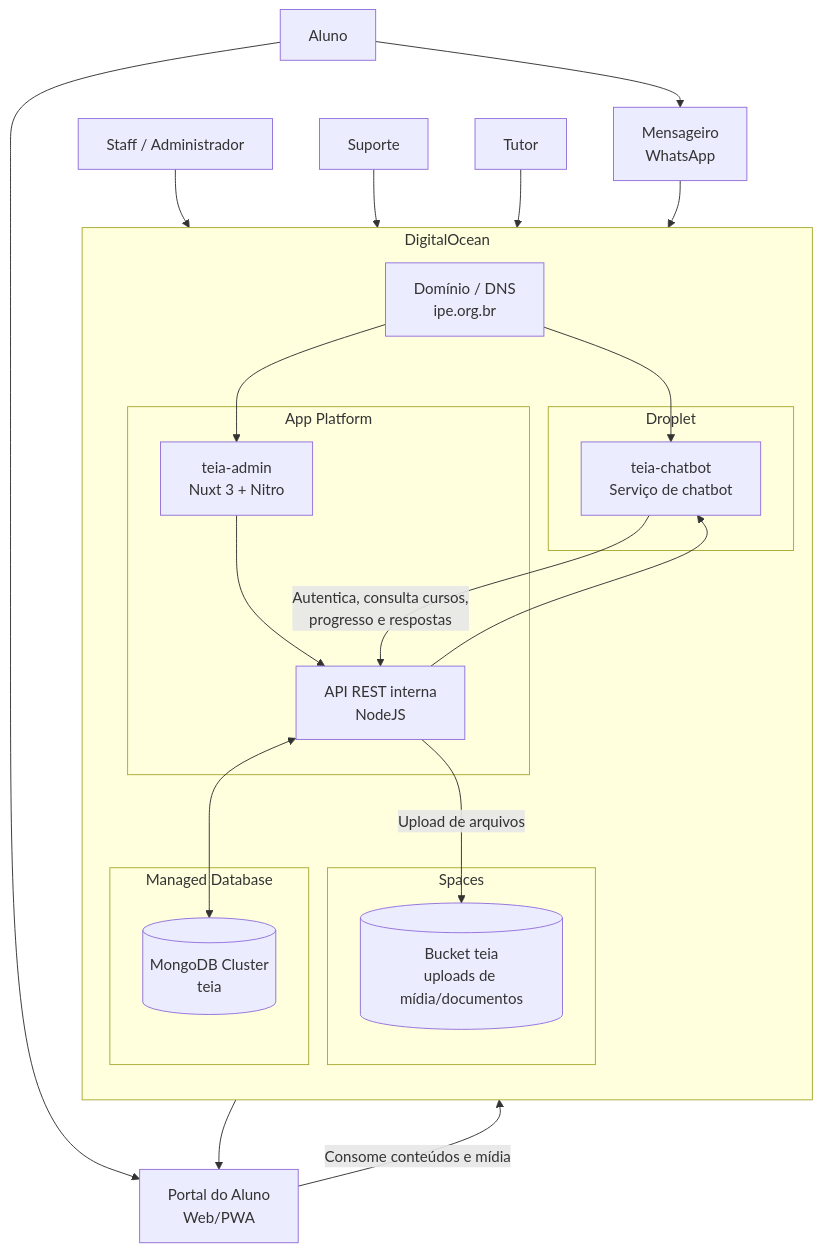
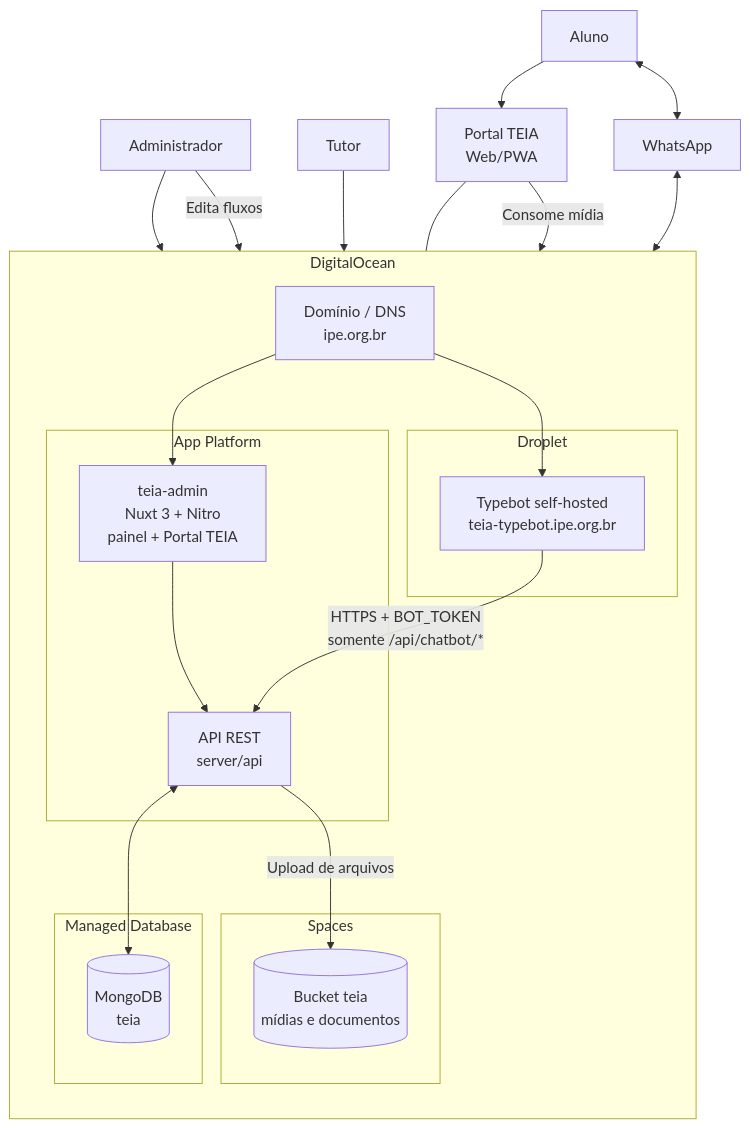
The first of 2 diagrams in docs/arquitetura_aplicacao.md (devsdoprojetoteia/teia-admin), drawn with Mermaid before and after one commit. The commit also changed other lines of this file and 5 other files, not shown here.

````diff
--- a/docs/arquitetura_aplicacao.md
+++ b/docs/arquitetura_aplicacao.md
@@ -7,59 +13,57 @@
 ```mermaid
 flowchart TB
   %% Atores
-  Staff[Staff / Administrador]
-  Support[Suporte]
+  Staff[Administrador]
   Tutor[Tutor]
   Student[Aluno]
 
   %% Canais
-  WhatsApp[Mensageiro<br/>WhatsApp]
-  Portal[Portal do Aluno<br/>Web/PWA]
+  WhatsApp[WhatsApp]
+  Portal[Portal TEIA<br/>Web/PWA]
 
   %% DigitalOcean
   subgraph DO[DigitalOcean]
     direction TB
 
     subgraph AppPlatform[App Platform]
-      AdminApp[teia-admin<br/>Nuxt 3 + Nitro]
-      ApiRoutes[API REST interna<br/>NodeJS]
+      AdminApp[teia-admin<br/>Nuxt 3 + Nitro<br/>painel + Portal TEIA]
+      ApiRoutes[API REST<br/>server/api]
       AdminApp --> ApiRoutes
     end
 
     subgraph DB[Managed Database]
-      Mongo[(MongoDB Cluster<br/>teia)]
+      Mongo[(MongoDB<br/>teia)]
     end
 
     subgraph ObjectStorage[Spaces]
-      Spaces[(Bucket teia<br/>uploads de mídia/documentos)]
+      Spaces[(Bucket teia<br/>mídias e documentos)]
     end
 
     subgraph Compute[Droplet]
-      ChatbotSvc[teia-chatbot<br/>Serviço de chatbot]
+      Typebot[Typebot self-hosted<br/>teia-typebot.ipe.org.br]
     end
 
     Domain[Domínio / DNS<br/>ipe.org.br]
   end
 
   %% Acesso de usuários
   Staff --> AdminApp
-  Support --> AdminApp
   Tutor --> AdminApp
+  Staff -->|Edita fluxos| Typebot
   Student --> Portal
+  Portal --- AdminApp
 
-  %% Fluxo de integração
-  Student --> WhatsApp
-  WhatsApp --> ChatbotSvc
-  ChatbotSvc -->|Autentica, consulta cursos,<br/>progresso e respostas| ApiRoutes
-  ApiRoutes --> ChatbotSvc
+  %% Fluxo do chatbot
+  Student <--> WhatsApp
+  WhatsApp <--> Typebot
+  Typebot -->|HTTPS + BOT_TOKEN<br/>somente /api/chatbot/*| ApiRoutes
 
   %% Persistência
   ApiRoutes <--> Mongo
   ApiRoutes -->|Upload de arquivos| Spaces
-  Portal -->|Consome conteúdos e mídia| Spaces
+  Portal -->|Consome mídia| Spaces
 
   %% Roteamento
   Domain --> AdminApp
-  Domain --> Portal
-  Domain --> ChatbotSvc
+  Domain --> Typebot
 ```
````
